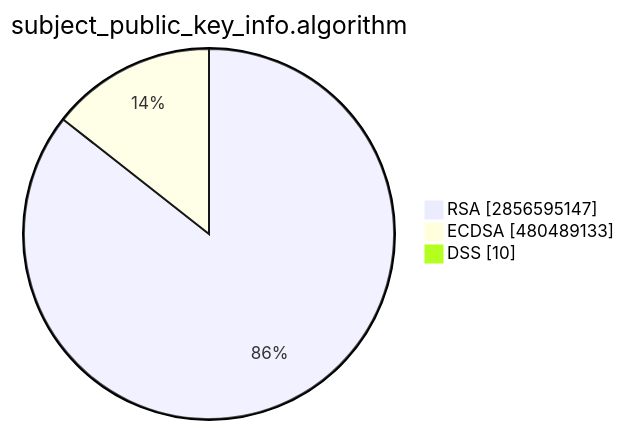
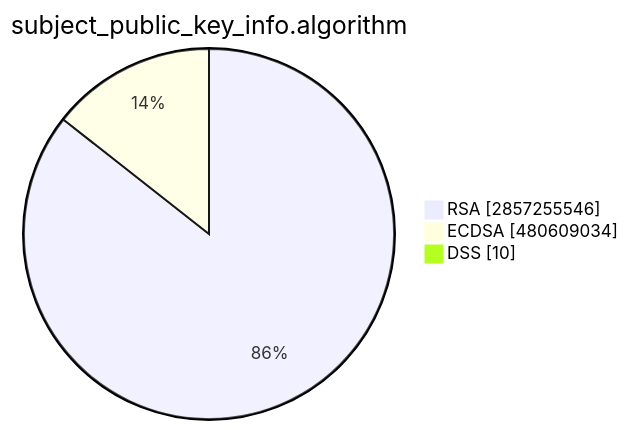
One commit to christiankrug/ctmonitor_visualization changed the second of 15 diagrams in TOTAL/README.md. Above: the diagram before and after it, drawn with Mermaid. The commit also changed other lines of this file, not shown here.

````diff
--- a/TOTAL/README.md
+++ b/TOTAL/README.md
@@ -6,7 +6,7 @@
 ```mermaid
 pie showData
 title subject_public_key_info.algorithm
-"RSA" :2856595147
-"ECDSA" :480489133
+"RSA" :2857255546
+"ECDSA" :480609034
 "DSS" :10
 ```
````
